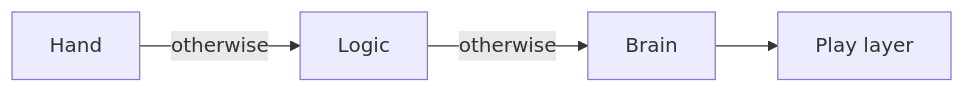
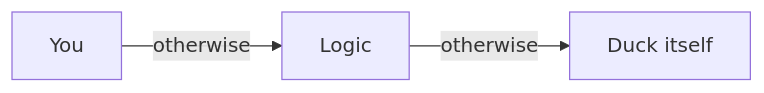
The second of 2 diagrams in kern/docs/book-green/13-micro-duck.md (ChristianHohlfeld/kernengine.de), drawn with Mermaid before and after one commit. The commit also changed other lines of this file and 22 other files, not shown here.

````diff
--- a/kern/docs/book-green/13-micro-duck.md
+++ b/kern/docs/book-green/13-micro-duck.md
@@ -296,6 +399,6 @@
 ```mermaid
+%% Caption: Who steers the duck: you before the logic before the duck itself
 flowchart LR
-  A[Hand] -->|otherwise| B[Logic]
-  B -->|otherwise| C[Brain]
-  C --> D[Play layer]
+  A[You] -->|otherwise| B[Logic]
+  B -->|otherwise| C[Duck itself]
 ```
````
